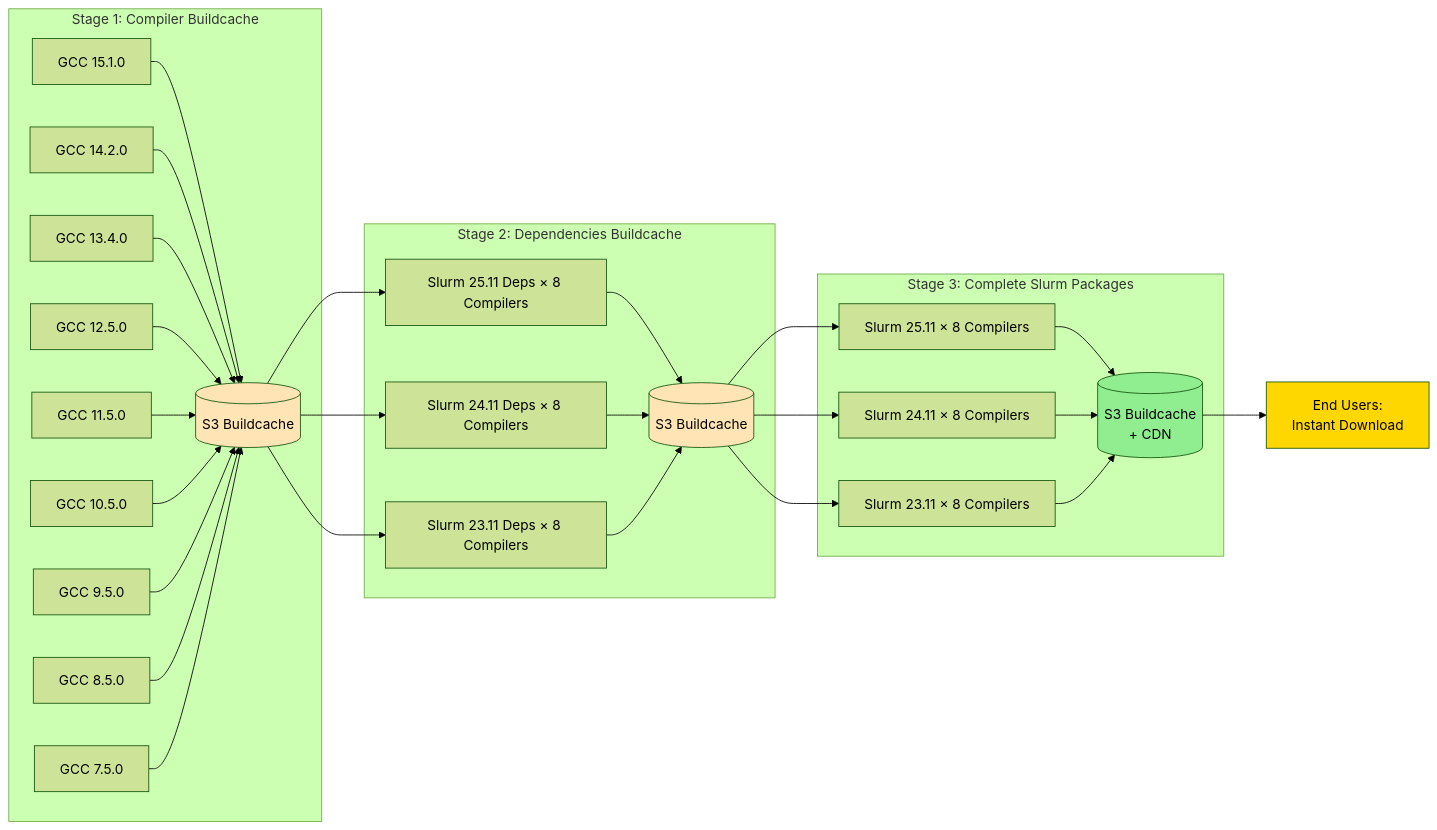
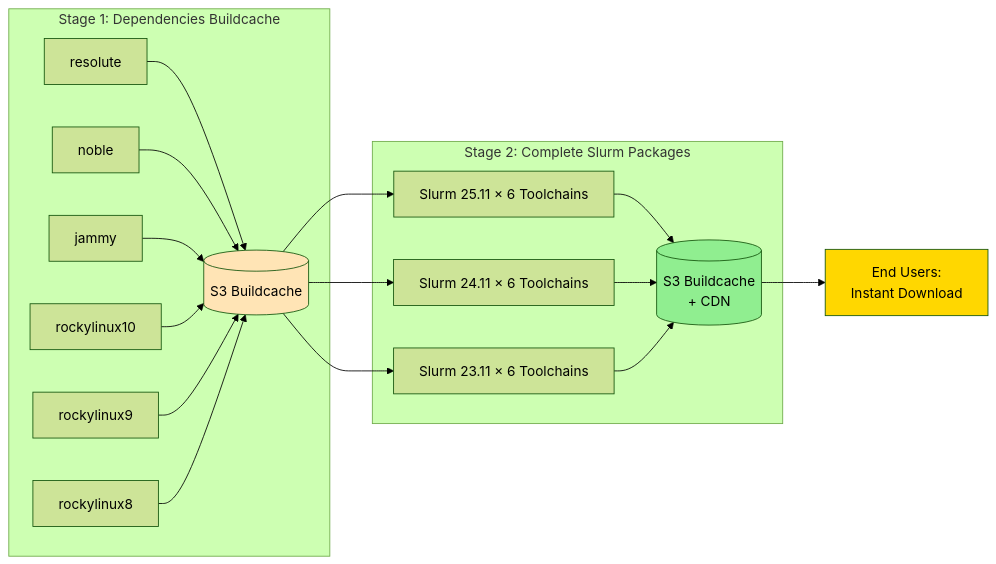
The second of 3 diagrams in docusaurus/docs/optimization.md (vantagecompute/slurm-factory), drawn with Mermaid (forest theme) before and after one commit. The commit also changed other lines of this file and 68 other files, not shown here.

````diff
--- a/docusaurus/docs/optimization.md
+++ b/docusaurus/docs/optimization.md
@@ -41,39 +34,26 @@
 ```mermaid
 graph LR
-    subgraph "Stage 1: Compiler Buildcache"
-        A1[GCC 15.1.0] --> BC1[(S3 Buildcache)]
-        A2[GCC 14.2.0] --> BC1
-        A3[GCC 13.4.0] --> BC1
-        A4[GCC 12.5.0] --> BC1
-        A5[GCC 11.5.0] --> BC1
-        A6[GCC 10.5.0] --> BC1
-        A7[GCC 9.5.0] --> BC1
-        A8[GCC 8.5.0] --> BC1
-        A9[GCC 7.5.0] --> BC1
+    subgraph "Stage 1: Dependencies Buildcache"
+        A1[resolute] --> BC1[(S3 Buildcache)]
+        A2[noble] --> BC1
+        A3[jammy] --> BC1
+        A4[rockylinux10] --> BC1
+        A5[rockylinux9] --> BC1
+        A6[rockylinux8] --> BC1
     end
     
-    subgraph "Stage 2: Dependencies Buildcache"
-        BC1 --> B1[Slurm 25.11 Deps × 8 Compilers]
-        BC1 --> B2[Slurm 24.11 Deps × 8 Compilers]
-        BC1 --> B3[Slurm 23.11 Deps × 8 Compilers]
-        B1 --> BC2[(S3 Buildcache)]
+    subgraph "Stage 2: Complete Slurm Packages"
+        BC1 --> B1[Slurm 25.11 × 6 Toolchains]
+        BC1 --> B2[Slurm 24.11 × 6 Toolchains]
+        BC1 --> B3[Slurm 23.11 × 6 Toolchains]
+        B1 --> BC2[(S3 Buildcache<br/>+ CDN)]
         B2 --> BC2
         B3 --> BC2
     end
     
-    subgraph "Stage 3: Complete Slurm Packages"
-        BC2 --> C1[Slurm 25.11 × 8 Compilers]
-        BC2 --> C2[Slurm 24.11 × 8 Compilers]
-        BC2 --> C3[Slurm 23.11 × 8 Compilers]
-        C1 --> BC3[(S3 Buildcache<br/>+ CDN)]
-        C2 --> BC3
-        C3 --> BC3
-    end
-    
-    BC3 --> D[End Users:<br/>Instant Download]
+    BC2 --> D[End Users:<br/>Instant Download]
     
     style BC1 fill:#FFE4B5
-    style BC2 fill:#FFE4B5
-    style BC3 fill:#90EE90
+    style BC2 fill:#90EE90
     style D fill:#FFD700
 ```
````
